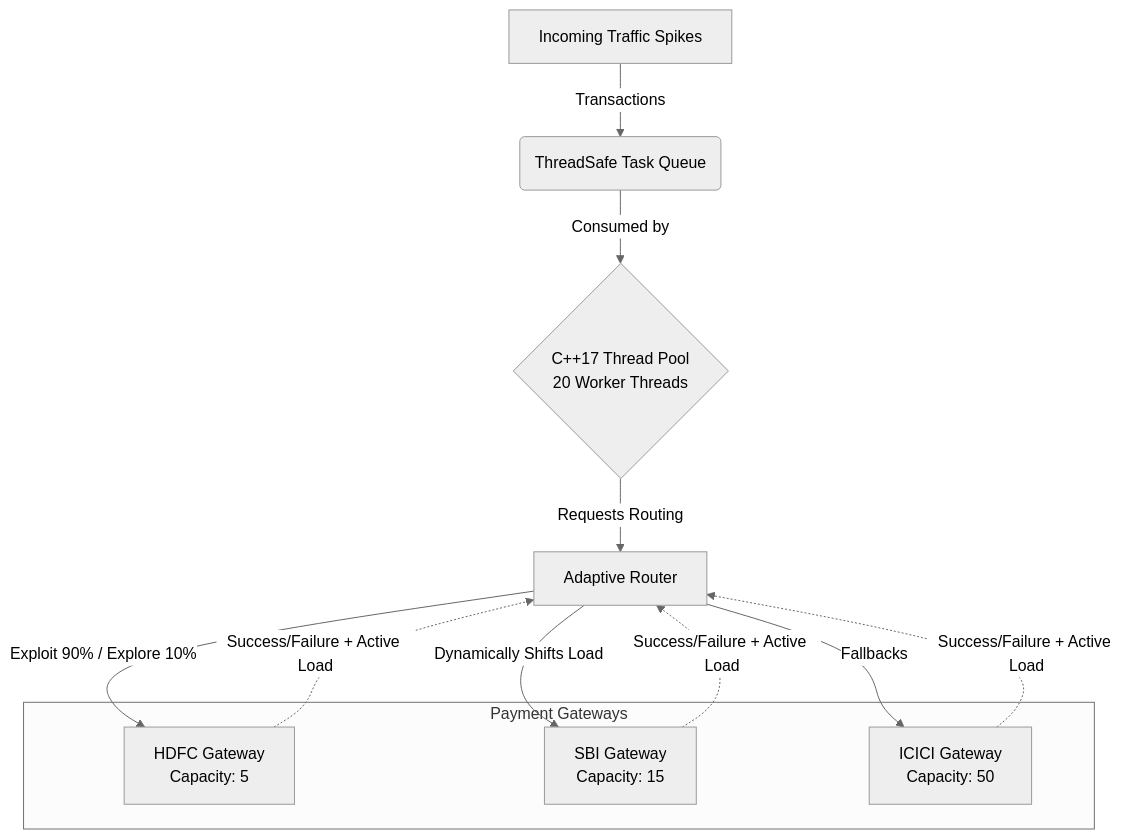
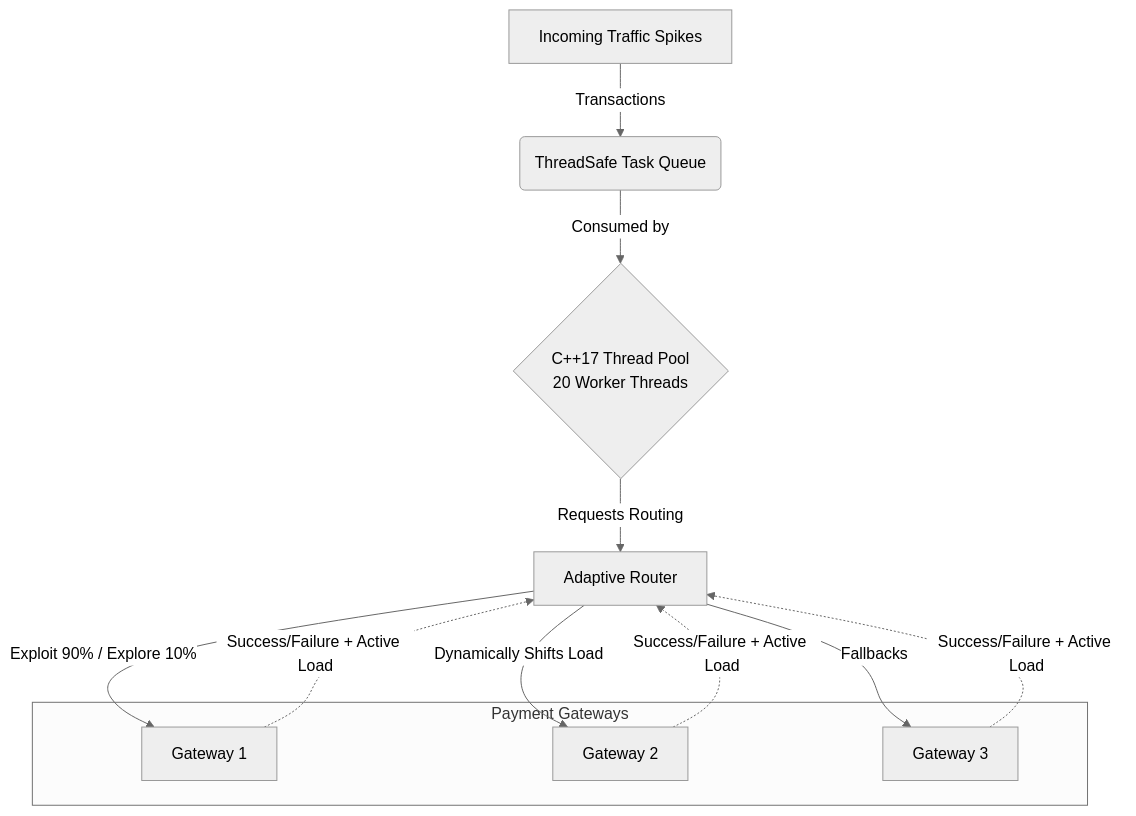
Before and after one commit to Harsh-Chanchlani/PulseRoute: the diagram in README.md, drawn with Mermaid (neutral theme). The commit also changed other lines of this file, not shown here.

Commit message:
docs: anonymize gateway names in readme

````diff
--- a/README.md
+++ b/README.md
@@ -9,21 +9,21 @@
 ```mermaid
 graph TD
     A[Incoming Traffic Spikes] -->|Transactions| B(ThreadSafe Task Queue)
     B -->|Consumed by| C{C++17 Thread Pool<br>20 Worker Threads}
     
     C -->|Requests Routing| D[Adaptive Router]
     
     subgraph Payment Gateways
-        G1[HDFC Gateway<br>Capacity: 5]
-        G2[SBI Gateway<br>Capacity: 15]
-        G3[ICICI Gateway<br>Capacity: 50]
+        G1[Gateway 1]
+        G2[Gateway 2]
+        G3[Gateway 3]
     end
     
     D -->|Exploit 90% / Explore 10%| G1
     D -->|Dynamically Shifts Load| G2
     D -->|Fallbacks| G3
     
     G1 -.->|Success/Failure + Active Load| D
     G2 -.->|Success/Failure + Active Load| D
     G3 -.->|Success/Failure + Active Load| D
 ```
````
